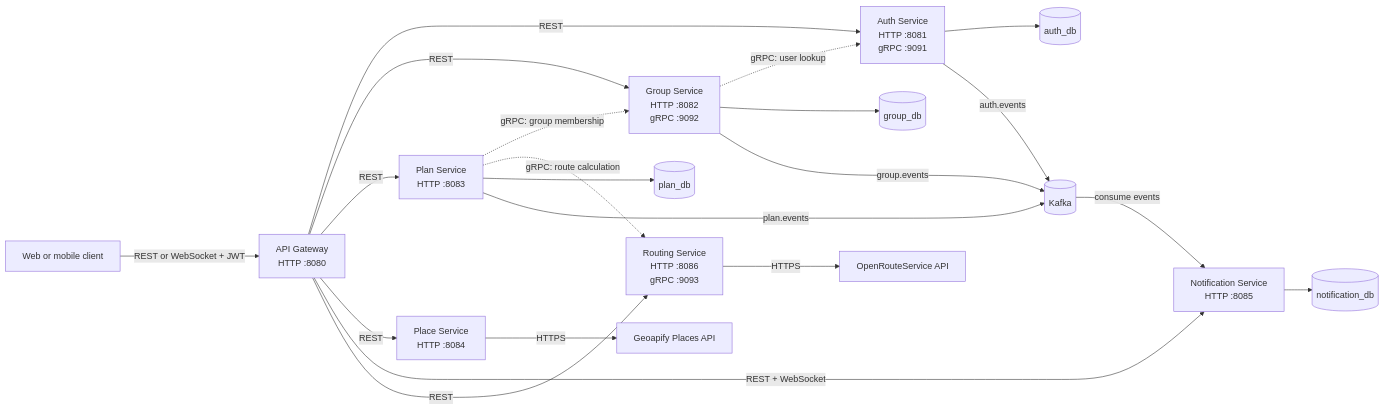
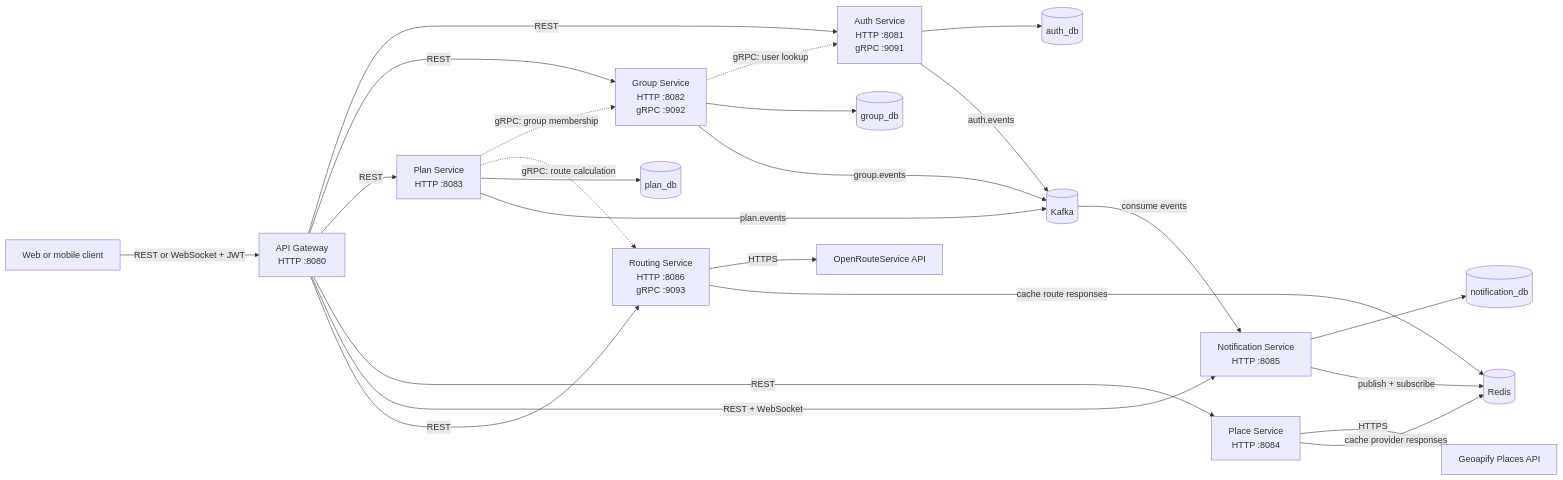
One commit to julynguyen247/starlyvia changed the first of 2 diagrams in README.md. Above: the diagram before and after it, drawn with Mermaid. The commit also changed other lines of this file, not shown here.

Commit message:
docs: document Redis caching and realtime fan-out

````diff
--- a/README.md
+++ b/README.md
@@ -21,44 +21,48 @@
 ```mermaid
 flowchart LR
     Client[Web or mobile client]
     Gateway[API Gateway<br/>HTTP :8080]
 
     Auth[Auth Service<br/>HTTP :8081<br/>gRPC :9091]
     Group[Group Service<br/>HTTP :8082<br/>gRPC :9092]
     Plan[Plan Service<br/>HTTP :8083]
     Place[Place Service<br/>HTTP :8084]
     Notification[Notification Service<br/>HTTP :8085]
     Routing[Routing Service<br/>HTTP :8086<br/>gRPC :9093]
 
     AuthDB[(auth_db)]
     GroupDB[(group_db)]
     PlanDB[(plan_db)]
     NotificationDB[(notification_db)]
     Kafka[(Kafka)]
+    Redis[(Redis)]
     Geoapify[Geoapify Places API]
     ORS[OpenRouteService API]
 
     Client -->|REST or WebSocket + JWT| Gateway
     Gateway -->|REST| Auth
     Gateway -->|REST| Group
     Gateway -->|REST| Plan
     Gateway -->|REST| Place
     Gateway -->|REST + WebSocket| Notification
     Gateway -->|REST| Routing
 
     Group -.->|gRPC: user lookup| Auth
     Plan -.->|gRPC: group membership| Group
     Plan -.->|gRPC: route calculation| Routing
 
     Auth --> AuthDB
     Group --> GroupDB
     Plan --> PlanDB
     Notification --> NotificationDB
     Place -->|HTTPS| Geoapify
     Routing -->|HTTPS| ORS
 
     Auth -->|auth.events| Kafka
     Group -->|group.events| Kafka
     Plan -->|plan.events| Kafka
     Kafka -->|consume events| Notification
+    Notification -->|publish + subscribe| Redis
+    Place -->|cache provider responses| Redis
+    Routing -->|cache route responses| Redis
 ```
````
